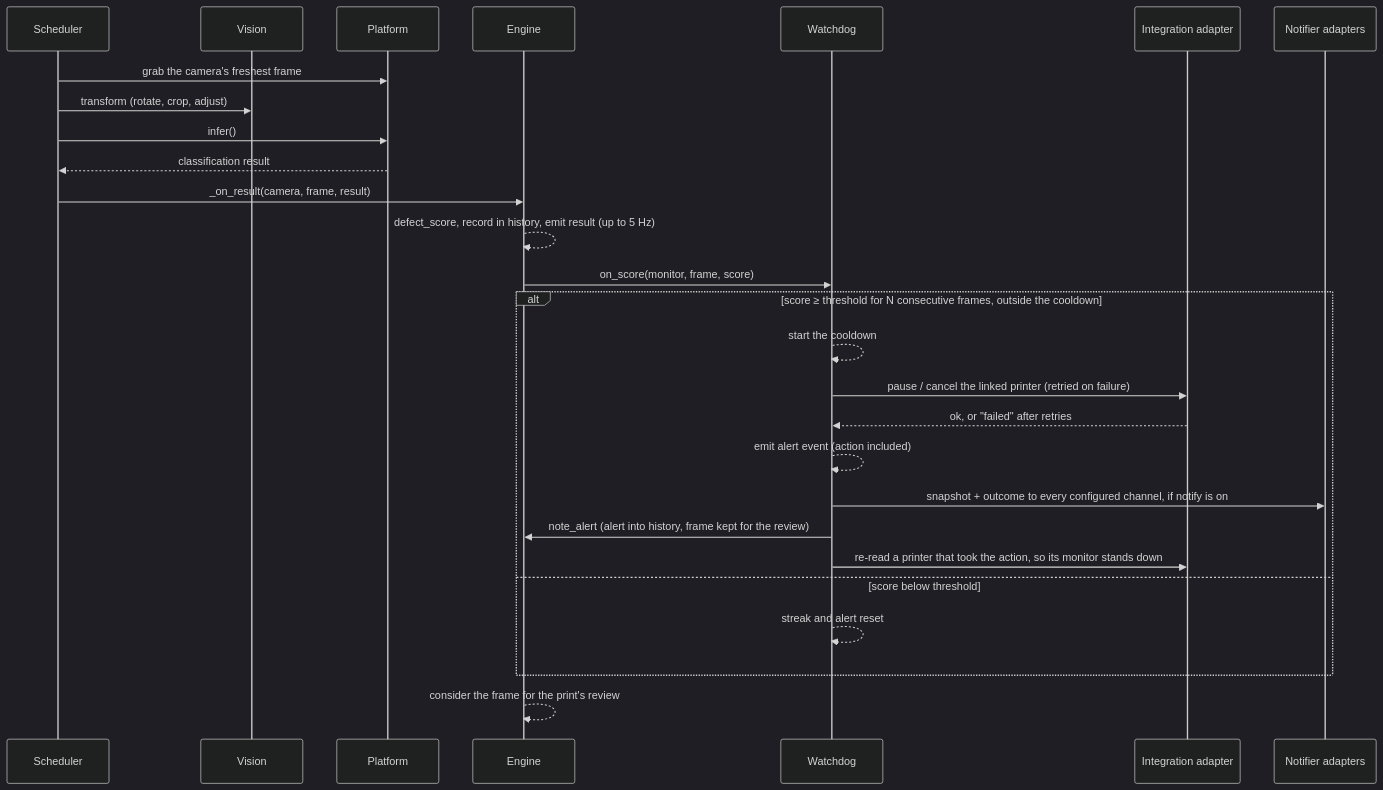
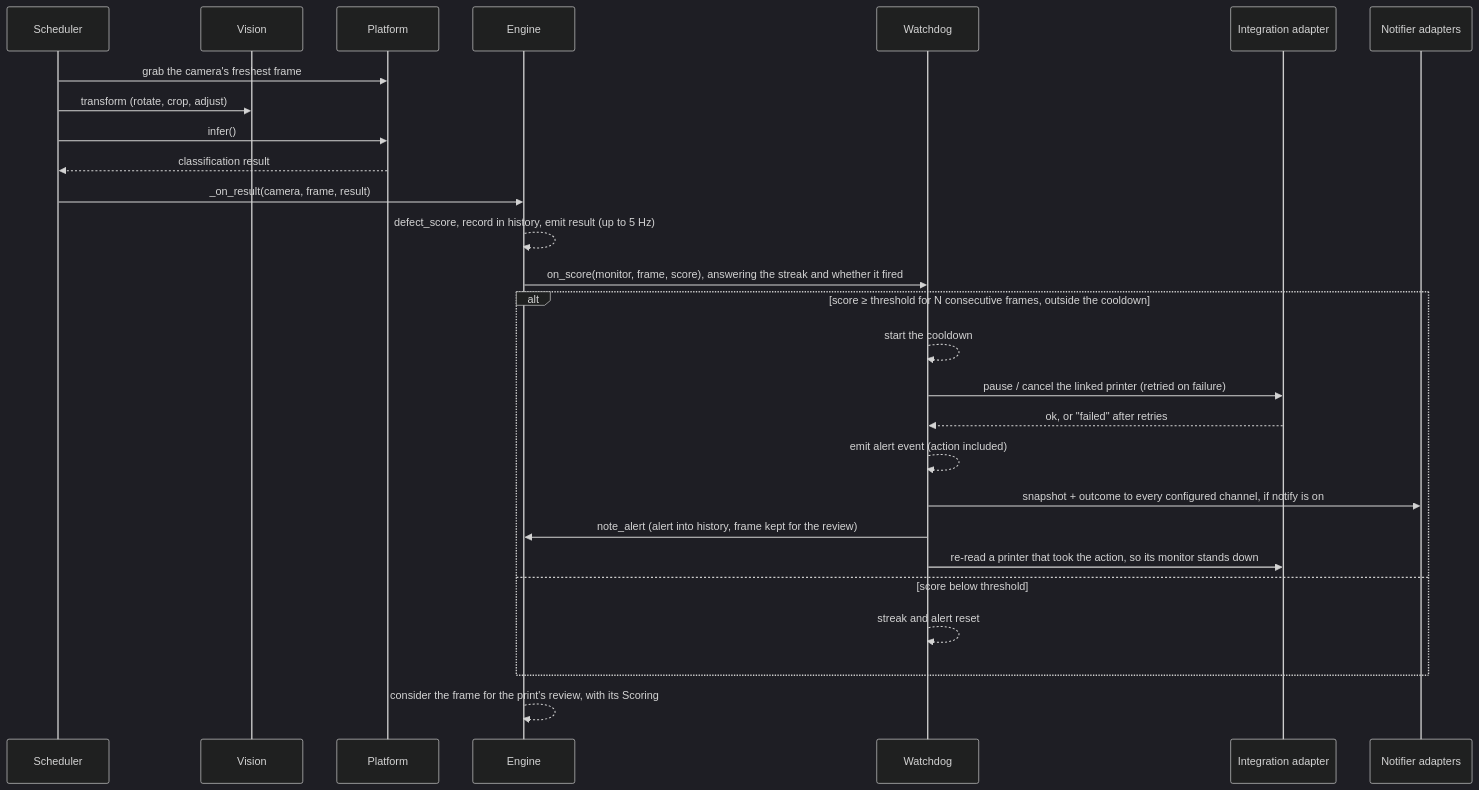
One commit to oliverbravery/PrintGuard changed the third of 5 diagrams in docs/architecture.md. Above: the diagram before and after it, drawn with Mermaid (dark theme). The commit also changed other lines of this file and 2 other files, not shown here.

Commit message:
Document the streak, spike and scoring context kept and sent for training

````diff
--- a/docs/architecture.md
+++ b/docs/architecture.md
@@ -249,30 +250,30 @@
 ```mermaid
 sequenceDiagram
     participant S as Scheduler
     participant V as Vision
     participant P as Platform
     participant E as Engine
     participant W as Watchdog
     participant I as Integration adapter
     participant N as Notifier adapters
 
     S->>P: grab the camera's freshest frame
     S->>V: transform (rotate, crop, adjust)
     S->>P: infer()
     P-->>S: classification result
     S->>E: _on_result(camera, frame, result)
     E-->>E: defect_score, record in history, emit result (up to 5 Hz)
-    E->>W: on_score(monitor, frame, score)
+    E->>W: on_score(monitor, frame, score), answering the streak and whether it fired
     alt score ≥ threshold for N consecutive frames, outside the cooldown
         W-->>W: start the cooldown
         W->>I: pause / cancel the linked printer (retried on failure)
         I-->>W: ok, or "failed" after retries
         W-->>W: emit alert event (action included)
         W->>N: snapshot + outcome to every configured channel, if notify is on
         W->>E: note_alert (alert into history, frame kept for the review)
         W->>I: re-read a printer that took the action, so its monitor stands down
     else score below threshold
         W-->>W: streak and alert reset
     end
-    E-->>E: consider the frame for the print's review
+    E-->>E: consider the frame for the print's review, with its Scoring
 ```
````
